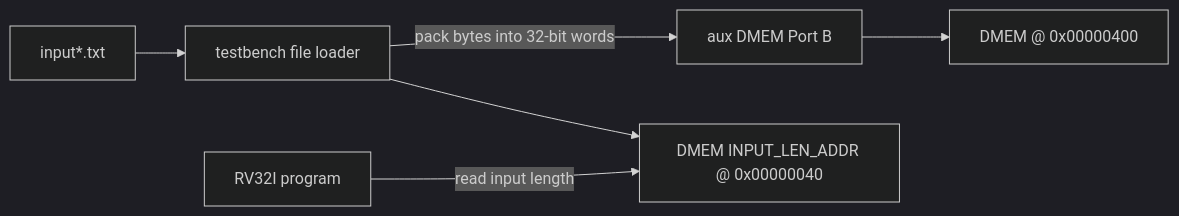
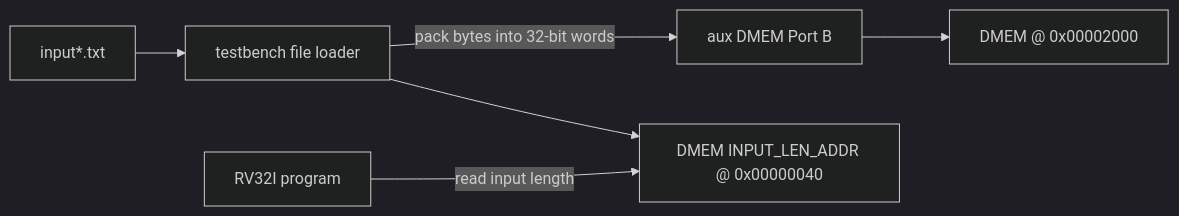
The tenth of 11 diagrams in docs/00_current_system_spec.md (ngoquocan139/AES_huffman_all6), drawn with Mermaid (dark theme) before and after one commit. The commit also changed other lines of this file and 61 other files, not shown here.

````diff
--- a/docs/00_current_system_spec.md
+++ b/docs/00_current_system_spec.md
@@ -429,8 +429,8 @@
 ```mermaid
 flowchart LR
   TXT["input*.txt"] --> TB["testbench file loader"]
   TB -->|"pack bytes into 32-bit words"| AUX["aux DMEM Port B"]
-  AUX --> SRC["DMEM @ 0x00000400"]
+  AUX --> SRC["DMEM @ 0x00002000"]
   TB --> LEN["DMEM INPUT_LEN_ADDR @ 0x00000040"]
   CPU["RV32I program"] -->|"read input length"| LEN
 ```
````
